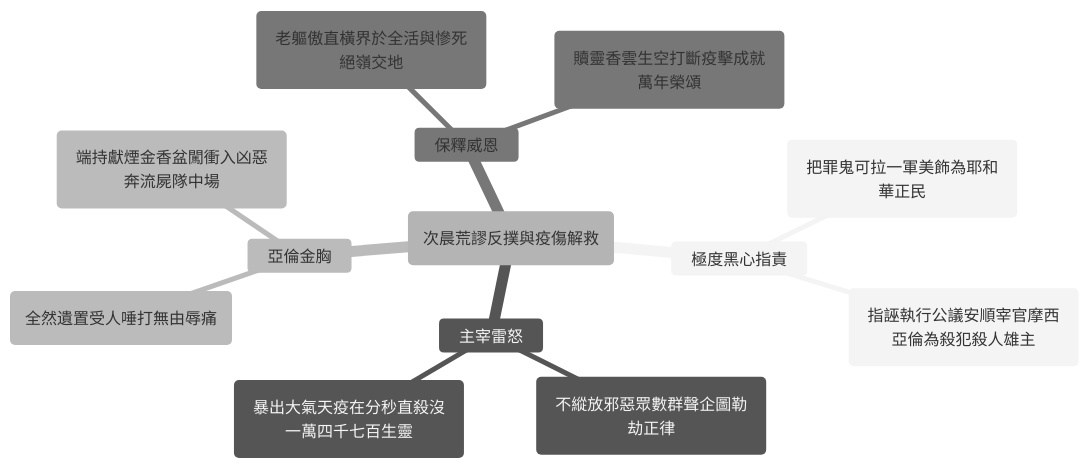
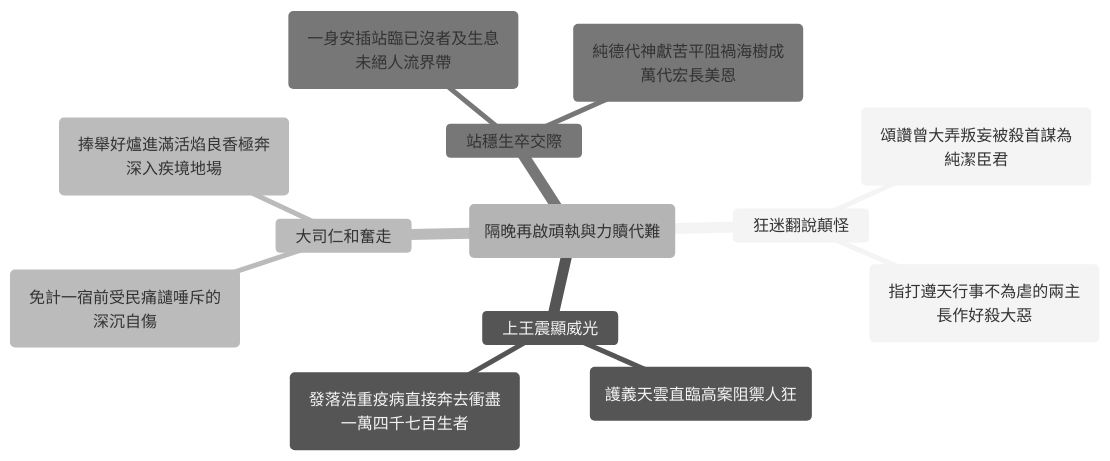
The fourth of 4 diagrams in 04 民數記/第16章.md (andyjr5566/Bible_wiki_zh), drawn with Mermaid (neutral theme) before and after one commit. The commit also changed other lines of this file and 22 other files, not shown here.

````diff
--- a/04 民數記/第16章.md
+++ b/04 民數記/第16章.md
@@ -167,16 +167,16 @@
 ```mermaid
 mindmap
-    root("次晨荒謬反撲與疫傷解救")
-      極度黑心指責
-        ("把罪鬼可拉一軍美飾為耶和華正民")
-        ("指誣執行公議安順宰官摩西亞倫為殺犯殺人雄主")
-      主宰雷怒
-        ("不縱放邪惡眾數群聲企圖勒劫正律")
-        ("暴出大氣天疫在分秒直殺沒一萬四千七百生靈")
-      亞倫金胸
-        ("全然遺置受人唾打無由辱痛")
-        ("端持獻煙金香盆闖衝入凶惡奔流屍隊中場")
-      保釋威恩
-        ("老軀傲直橫界於全活與慘死絕嶺交地")
-        ("贖靈香雲生空打斷疫擊成就萬年榮頌")
+    root("隔晚再啟頑執與力贖代難")
+      狂迷翻說顛怪
+        ("頌讚曾大弄叛妄被殺首謀為純潔臣君")
+        ("指打遵天行事不為虐的兩主長作好殺大惡")
+      上王震顯威光
+        ("護義天雲直臨高案阻禦人狂")
+        ("發落浩重疫病直接奔去衝盡一萬四千七百生者")
+      大司仁和奮走
+        ("免計一宿前受民痛譴唾斥的深沉自傷")
+        ("捧舉好爐進滿活焰良香極奔深入疾境地場")
+      站穩生卒交際
+        ("一身安插站臨已沒者及生息未絕人流界帶")
+        ("純德代神獻苦平阻禍海樹成萬代宏長美恩")
 ```
````
